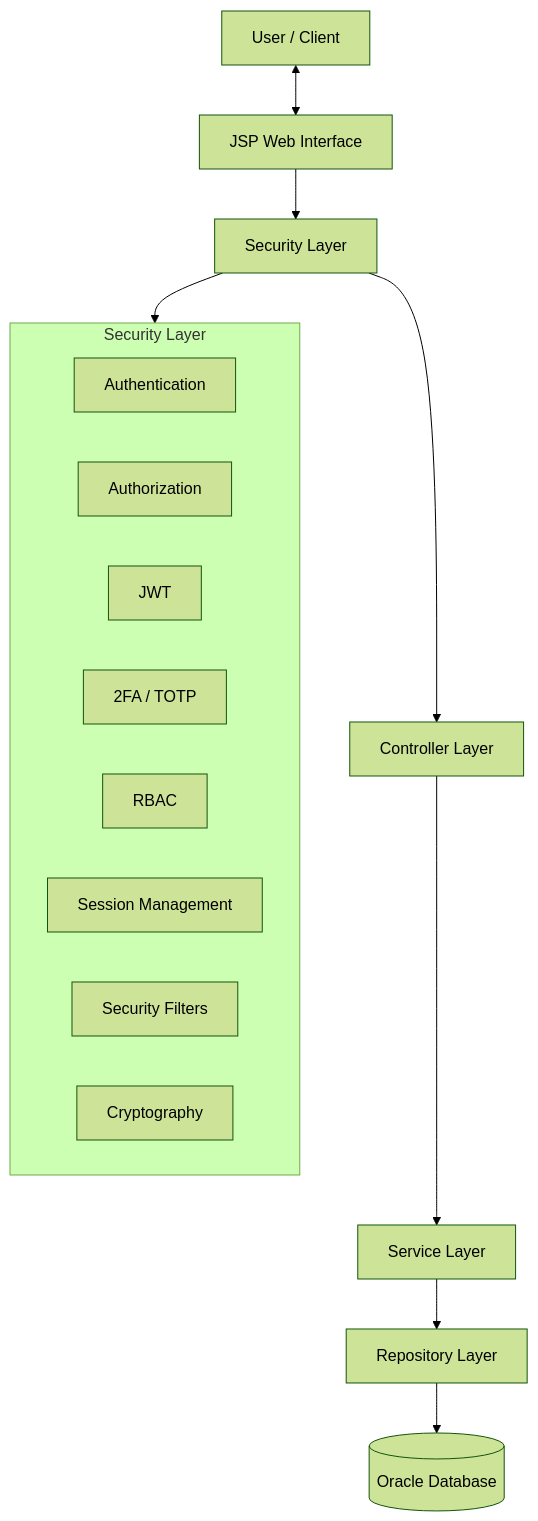
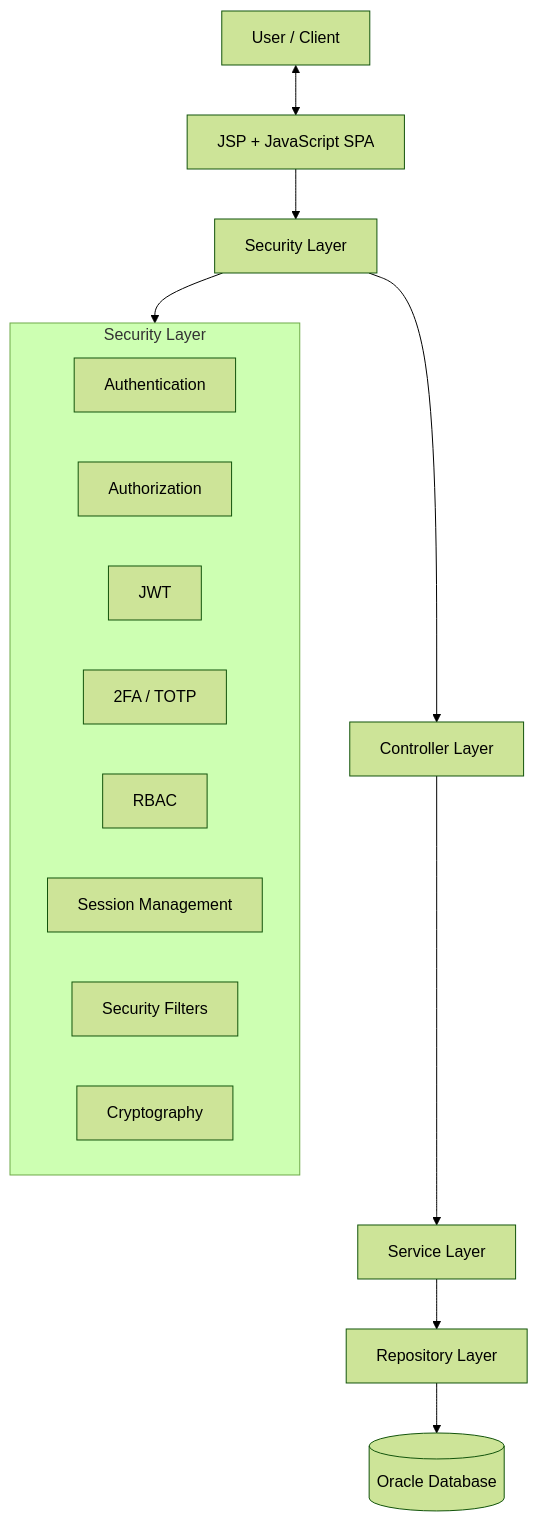
Diagram 14 of 21 in README.md (MotionPrograming/AuthorizationManagementSystem), drawn with Mermaid (forest theme) before and after one commit. The commit also changed other lines of this file, not shown here.

````diff
--- a/README.md
+++ b/README.md
@@ -957,36 +1294,36 @@
 ```mermaid
 flowchart TB
     CLIENT["User / Client"]
 
-    UI["JSP Web Interface"]
+    SPA["JSP + JavaScript SPA"]
 
     SECURITY["Security Layer"]
 
     CONTROLLER["Controller Layer"]
 
     SERVICE["Service Layer"]
 
     REPOSITORY["Repository Layer"]
 
     DATABASE[("Oracle Database")]
 
-    CLIENT <--> UI
-    UI --> SECURITY
+    CLIENT <--> SPA
+    SPA --> SECURITY
     SECURITY --> CONTROLLER
     CONTROLLER --> SERVICE
     SERVICE --> REPOSITORY
     REPOSITORY --> DATABASE
 
     subgraph SECURITY_MODULE["Security Layer"]
         AUTH["Authentication"]
         AUTHZ["Authorization"]
         JWT_SEC["JWT"]
         TOTP_SEC["2FA / TOTP"]
         RBAC_SEC["RBAC"]
         SESSION_SEC["Session Management"]
         FILTER["Security Filters"]
         CRYPTO["Cryptography"]
     end
 
     SECURITY --> SECURITY_MODULE
 ```
````
